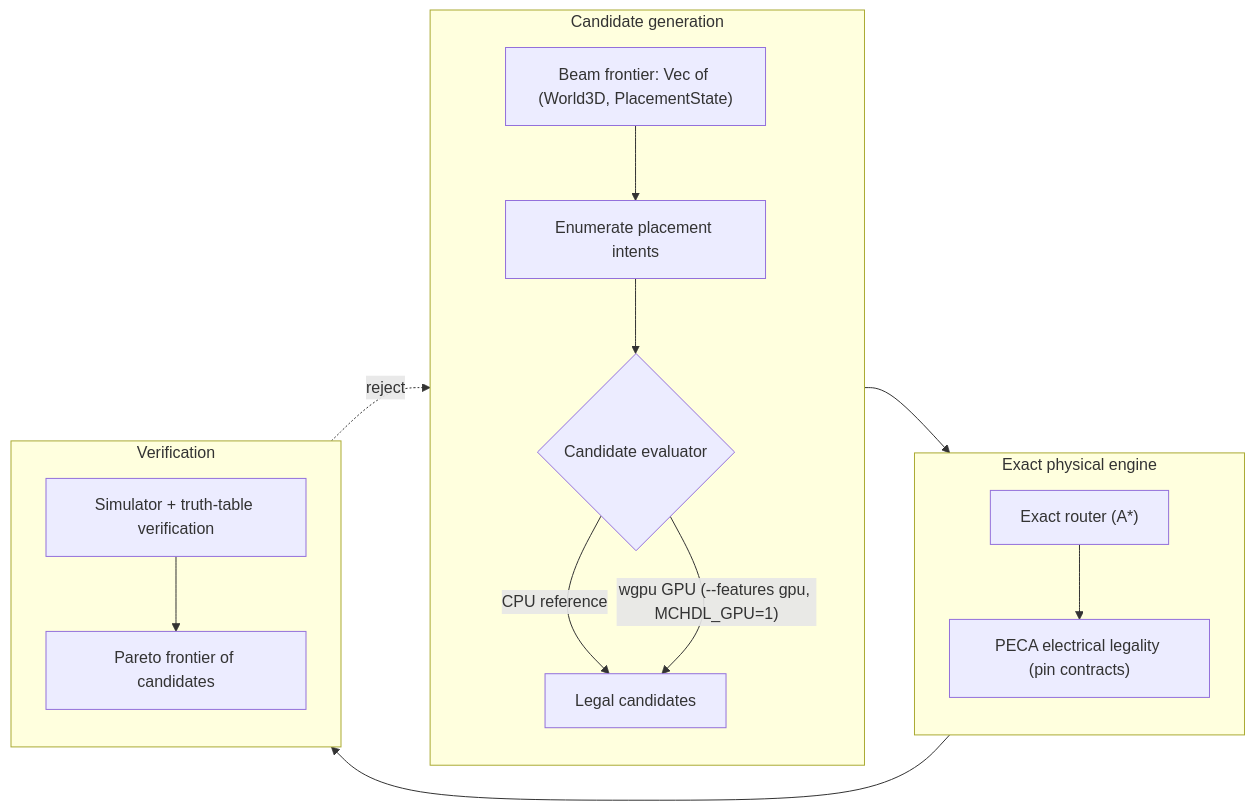
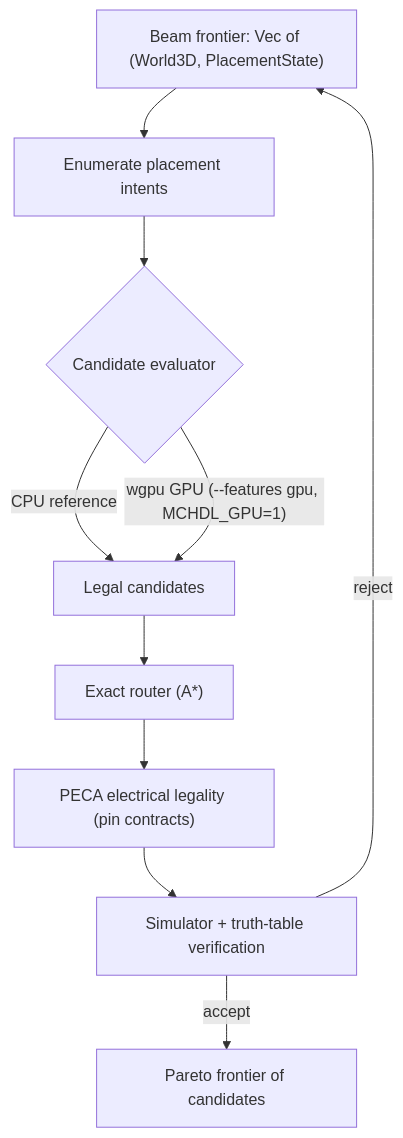
One commit to MineRealms/RedstoneTranslator changed the second of 2 diagrams in README.md. Above: the diagram before and after it, drawn with Mermaid. The commit also changed other lines of this file and 1 other file, not shown here.

First line of the commit message:
Make the README diagrams vertical and document the GPU track

````diff
--- a/README.md
+++ b/README.md
@@ -50,21 +47,12 @@
 ```mermaid
-flowchart LR
-    subgraph gen["Candidate generation"]
-        direction TB
-        A["Beam frontier: Vec of (World3D, PlacementState)"] --> B["Enumerate placement intents"]
-        B --> D{"Candidate evaluator"}
-        D -->|"CPU reference"| E["Legal candidates"]
-        D -->|"wgpu GPU (--features gpu, MCHDL_GPU=1)"| E
-    end
-    subgraph exact["Exact physical engine"]
-        direction TB
-        F["Exact router (A*)"] --> G["PECA electrical legality (pin contracts)"]
-    end
-    subgraph verify2["Verification"]
-        direction TB
-        H["Simulator + truth-table verification"] --> I["Pareto frontier of candidates"]
-    end
-    E --> F
-    G --> H
-    I -.->|reject| A
+flowchart TD
+    A["Beam frontier: Vec of (World3D, PlacementState)"] --> B["Enumerate placement intents"]
+    B --> D{"Candidate evaluator"}
+    D -->|"CPU reference"| E["Legal candidates"]
+    D -->|"wgpu GPU (--features gpu, MCHDL_GPU=1)"| E
+    E --> F["Exact router (A*)"]
+    F --> G["PECA electrical legality (pin contracts)"]
+    G --> H["Simulator + truth-table verification"]
+    H -->|accept| I["Pareto frontier of candidates"]
+    H -->|reject| A
 ```
````
